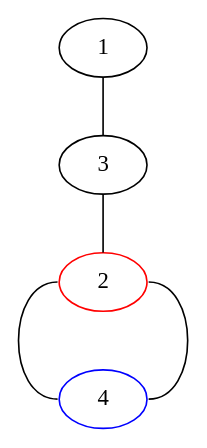
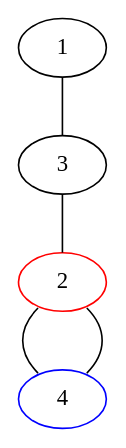
Before and after one commit to bilboquet/gamelib: the diagram in sprouts/start_2_nodes/113.dot, drawn with Graphviz. The commit also changed 13 other files, not shown here.

```diff
--- a/sprouts/start_2_nodes/113.dot
+++ b/sprouts/start_2_nodes/113.dot
@@ -1,7 +1,7 @@
 graph {
   1 -- 3 -- 2;
-  2 -- 4 [tailport="e", headport="e"];
-  2 -- 4 [tailport="w", headport="w"];
+  2 -- 4 [tailport="se", headport="ne"];
+  2 -- 4 [tailport="sw", headport="nw"];
   2 [color="red"];
   4 [color="blue"];
 }
```
